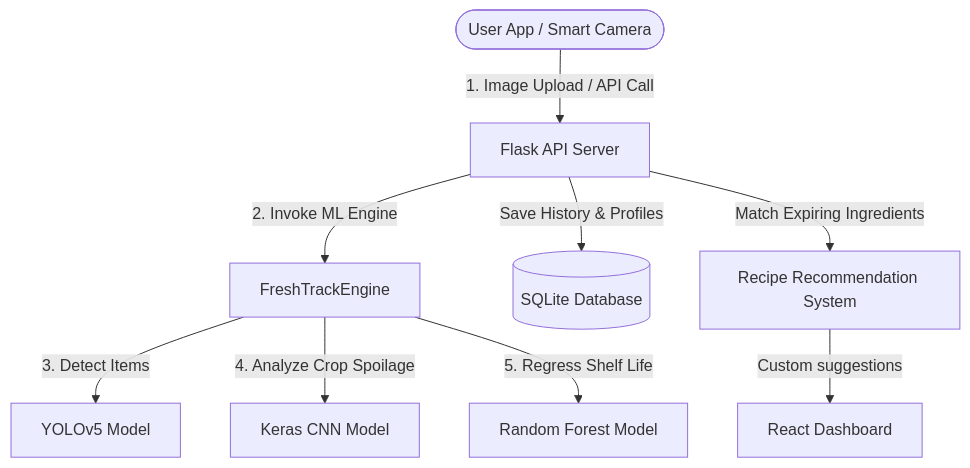
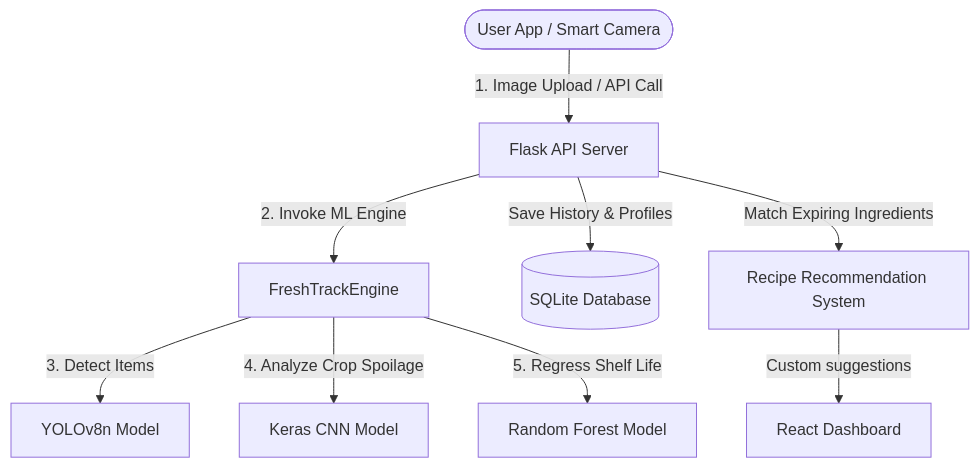
Before and after one commit to rashiwawale18/FreshTrack: the diagram in README.md, drawn with Mermaid. The commit also changed other lines of this file, not shown here.

````diff
--- a/README.md
+++ b/README.md
@@ -38,12 +38,12 @@
 ```mermaid
 graph TD
     User([User App / Smart Camera]) -->|1. Image Upload / API Call| Flask[Flask API Server]
     Flask -->|2. Invoke ML Engine| Engine[FreshTrackEngine]
-    Engine -->|3. Detect Items| YOLO[YOLOv5 Model]
+    Engine -->|3. Detect Items| YOLO[YOLOv8n Model]
     Engine -->|4. Analyze Crop Spoilage| CNN[Keras CNN Model]
     Engine -->|5. Regress Shelf Life| RF[Random Forest Model]
     
     Flask -->|Save History & Profiles| DB[(SQLite Database)]
     Flask -->|Match Expiring Ingredients| RecipeEngine[Recipe Recommendation System]
     RecipeEngine -->|Custom suggestions| UI[React Dashboard]
 ```
````
